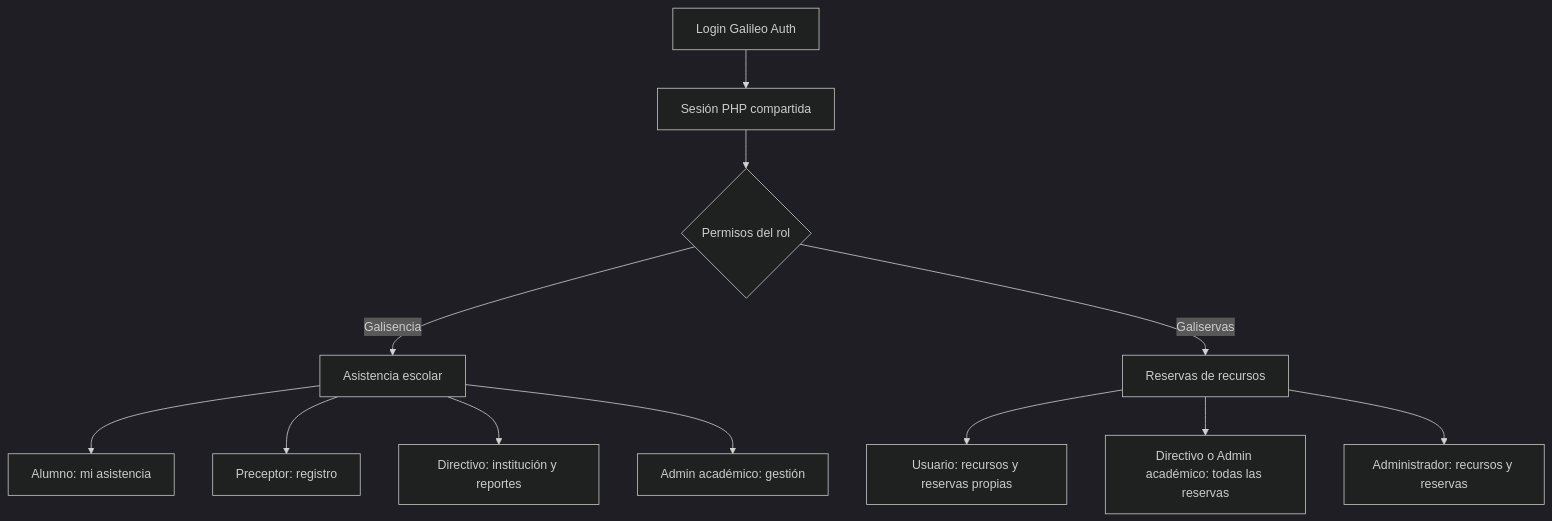
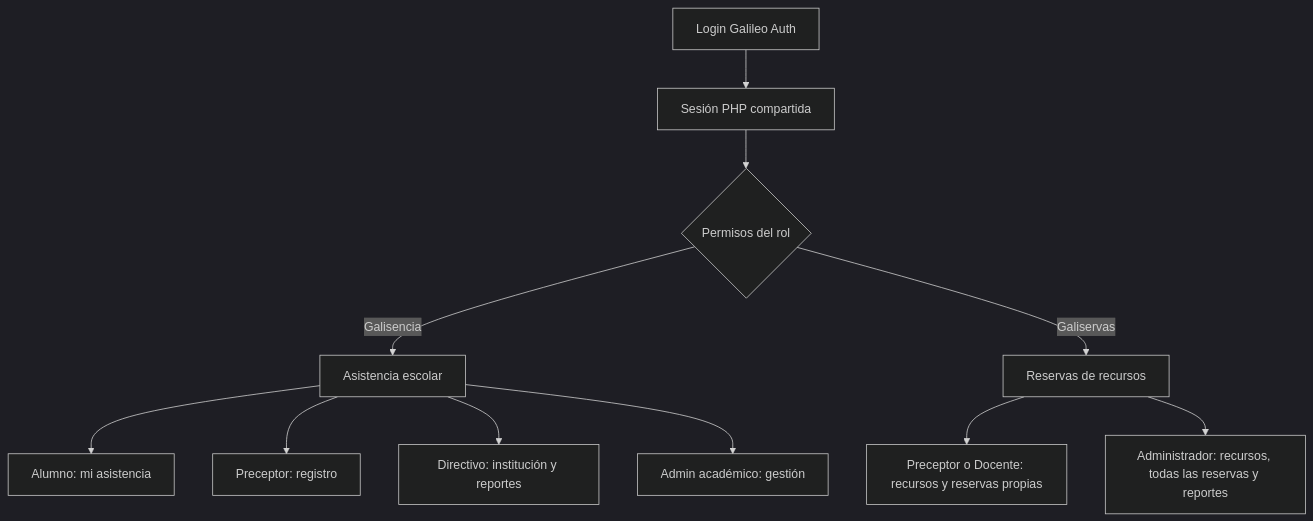
The diagram in docs/NAVEGACION.md (AgustinTomizzi/Proyecto-SSO), drawn with Mermaid (dark theme) before and after one commit. The commit also changed other lines of this file and 13 other files, not shown here.

````diff
--- a/docs/NAVEGACION.md
+++ b/docs/NAVEGACION.md
@@ -9,14 +9,13 @@
 ```mermaid
 flowchart TD
     L[Login Galileo Auth] --> S[Sesión PHP compartida]
     S --> P{Permisos del rol}
     P -->|Galisencia| G[Asistencia escolar]
     P -->|Galiservas| R[Reservas de recursos]
     G --> A1[Alumno: mi asistencia]
     G --> A2[Preceptor: registro]
     G --> A3[Directivo: institución y reportes]
     G --> A4[Admin académico: gestión]
-    R --> R1[Usuario: recursos y reservas propias]
-    R --> R2[Directivo o Admin académico: todas las reservas]
-    R --> R3[Administrador: recursos y reservas]
+    R --> R1[Preceptor o Docente: recursos y reservas propias]
+    R --> R3[Administrador: recursos, todas las reservas y reportes]
 ```
````
